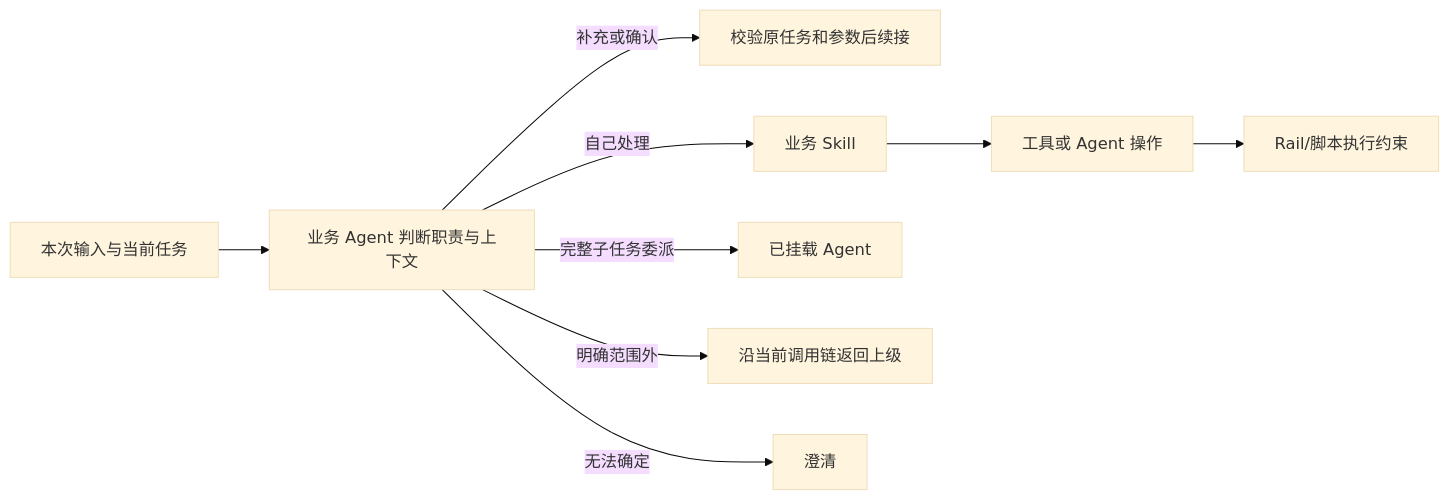
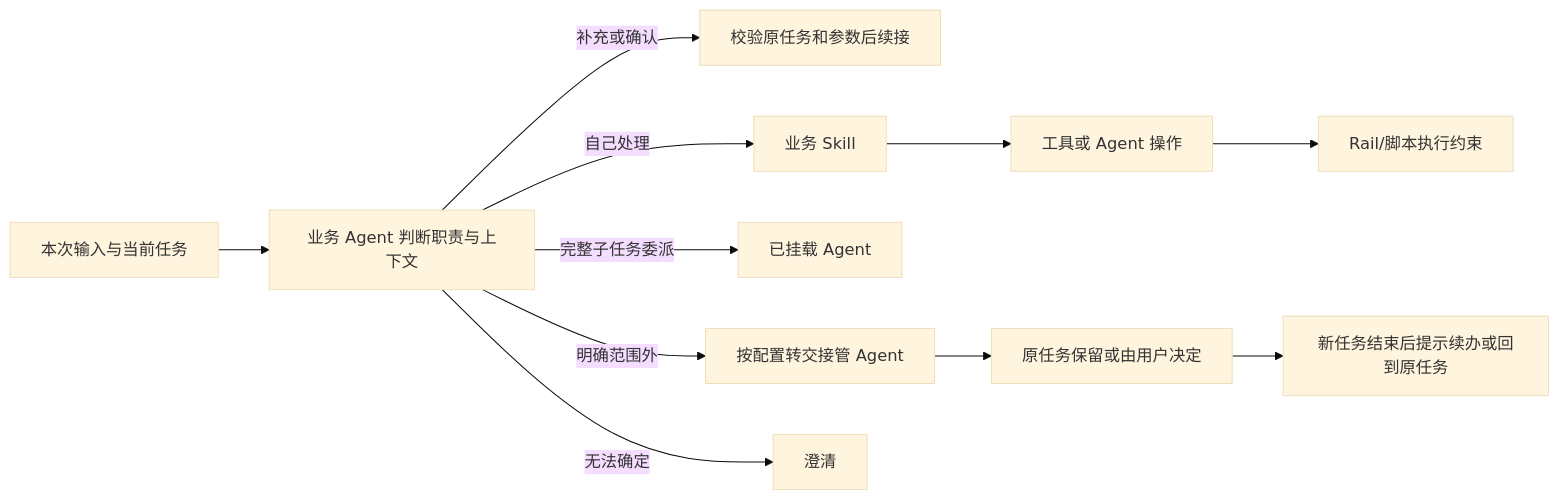
One commit to Vincenttao/agent-builder-java changed the second of 2 diagrams in docs/Agent开发工作台_PRD_v2.0.md. Above: the diagram before and after it, drawn with Mermaid (base theme). The commit also changed other lines of this file and 10 other files, not shown here.

````diff
--- a/docs/Agent开发工作台_PRD_v2.0.md
+++ b/docs/Agent开发工作台_PRD_v2.0.md
@@ -238,11 +239,13 @@
 ```mermaid
 flowchart LR
   U[本次输入与当前任务] --> B[业务 Agent 判断职责与上下文]
   B -->|补充或确认| C[校验原任务和参数后续接]
   B -->|自己处理| S[业务 Skill]
   S --> O[工具或 Agent 操作]
   B -->|完整子任务委派| A[已挂载 Agent]
-  B -->|明确范围外| R[沿当前调用链返回上级]
+  B -->|明确范围外| R[按配置转交接管 Agent]
+  R --> W[原任务保留或由用户决定]
+  W --> N[新任务结束后提示续办或回到原任务]
   B -->|无法确定| Q[澄清]
   O --> G[Rail/脚本执行约束]
 ```
````
